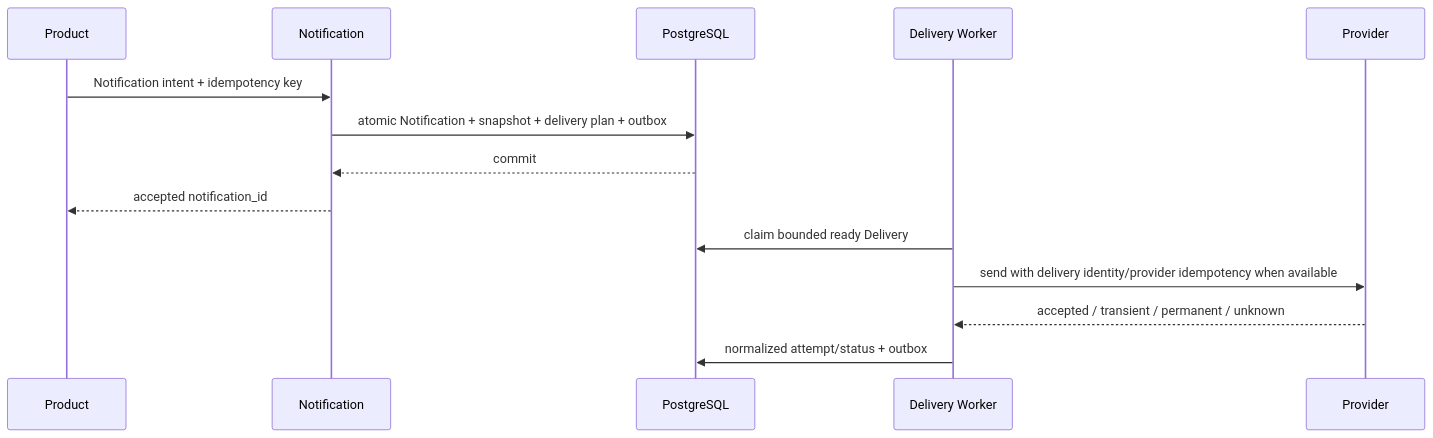
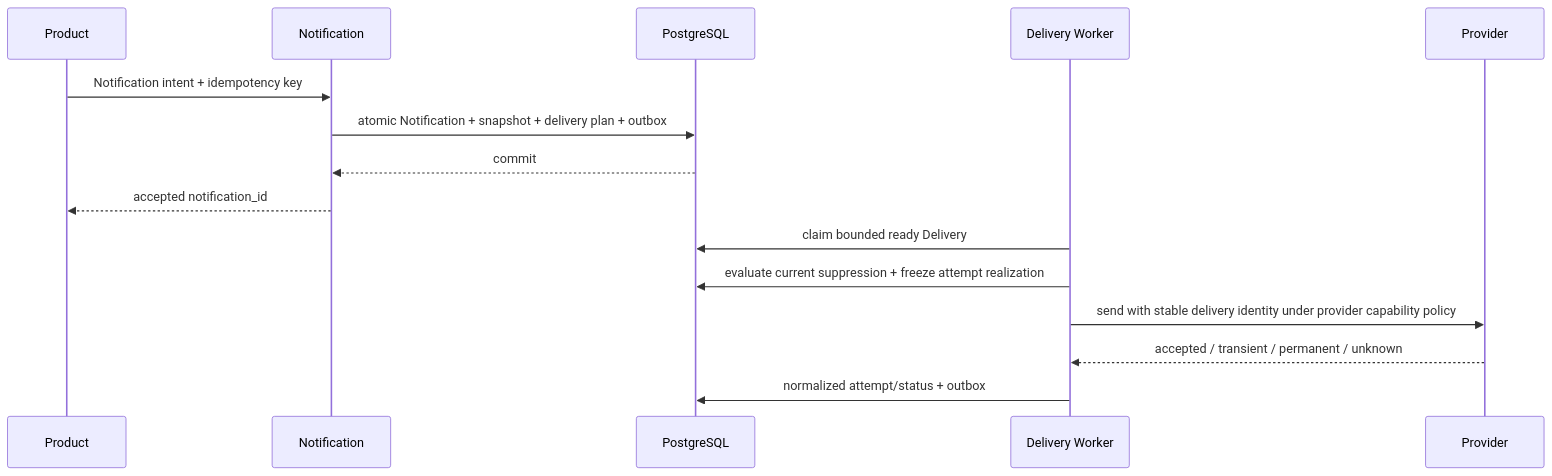
Before and after one commit to anshacerbia2/scnehaux-architecture: the third of 7 diagrams in 04-system/scnehaux-notification-platform/scnehaux-notification-platform.sad.md, drawn with Mermaid. The commit also changed other lines of this file and 4 other files, not shown here.

````diff
--- a/04-system/scnehaux-notification-platform/scnehaux-notification-platform.sad.md
+++ b/04-system/scnehaux-notification-platform/scnehaux-notification-platform.sad.md
@@ -247,17 +249,18 @@
 ```mermaid
 sequenceDiagram
     participant P as Product
     participant N as Notification
     participant D as PostgreSQL
     participant W as Delivery Worker
     participant X as Provider
 
     P->>N: Notification intent + idempotency key
     N->>D: atomic Notification + snapshot + delivery plan + outbox
     D-->>N: commit
     N-->>P: accepted notification_id
     W->>D: claim bounded ready Delivery
-    W->>X: send with delivery identity/provider idempotency when available
+    W->>D: evaluate current suppression + freeze attempt realization
+    W->>X: send with stable delivery identity under provider capability policy
     X-->>W: accepted / transient / permanent / unknown
     W->>D: normalized attempt/status + outbox
 ```
````
